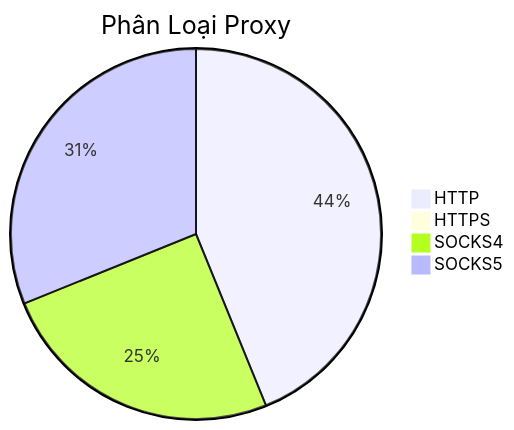
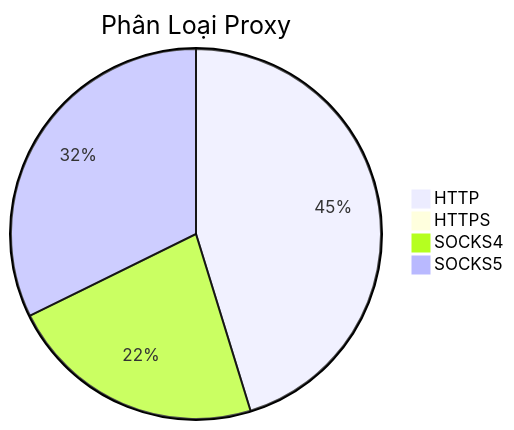
One commit to Ciara-12/PROXY-free changed the diagram in README.md. Above: the diagram before and after it, drawn with Mermaid. The commit also changed other lines of this file and 3 other files, not shown here.

````diff
--- a/README.md
+++ b/README.md
@@ -26,7 +26,7 @@
 ```mermaid
 pie title Phân Loại Proxy
-    "HTTP" : 455
+    "HTTP" : 513
     "HTTPS" : 0
-    "SOCKS4" : 260
-    "SOCKS5" : 323
+    "SOCKS4" : 255
+    "SOCKS5" : 366
 ```
````
